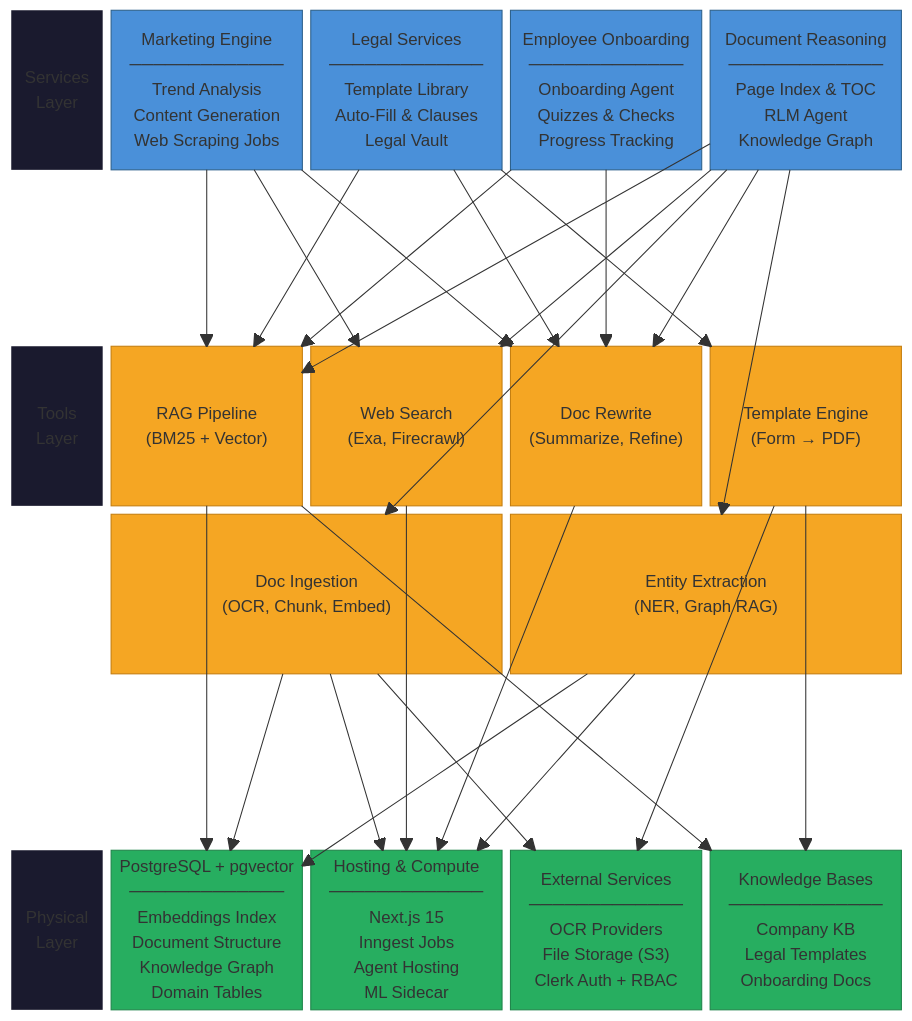
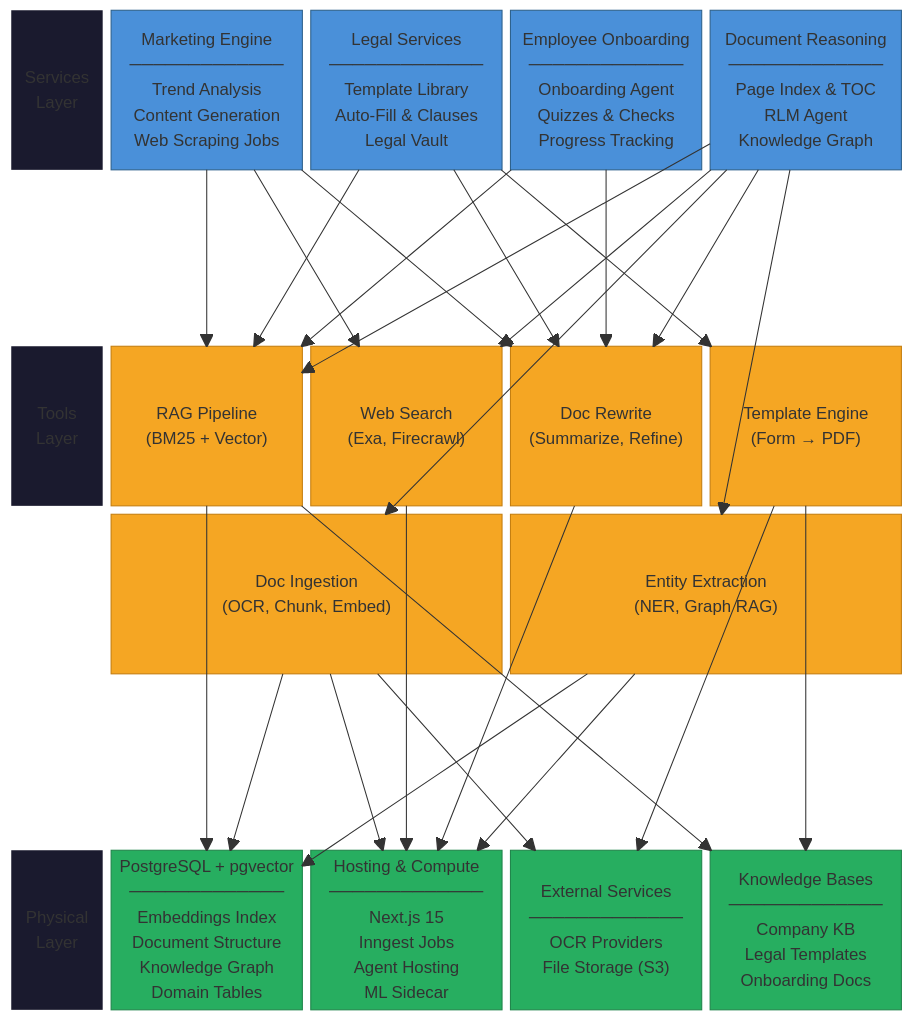
One commit to Deodat-Lawson/LaunchStack changed the diagram in docs/architecture/Overall.md. Above: the diagram before and after it, drawn with Mermaid. The commit also changed other lines of this file and 50 other files, not shown here.

````diff
--- a/docs/architecture/Overall.md
+++ b/docs/architecture/Overall.md
@@ -13,67 +13,67 @@
 ```mermaid
 block-beta
   columns 9
 
   SLABEL["Services\nLayer"]:1
   MKT["Marketing Engine\n─────────────\nTrend Analysis\nContent Generation\nWeb Scraping Jobs"]:2
   LEG["Legal Services\n─────────────\nTemplate Library\nAuto-Fill & Clauses\nLegal Vault"]:2
   ONB["Employee Onboarding\n─────────────\nOnboarding Agent\nQuizzes & Checks\nProgress Tracking"]:2
   DOCR["Document Reasoning\n─────────────\nPage Index & TOC\nRLM Agent\nKnowledge Graph"]:2
 
   space:9
 
   TLABEL["Tools\nLayer"]:1
   RAG["RAG Pipeline\n(BM25 + Vector)"]:2
   WEB["Web Search\n(Exa, Firecrawl)"]:2
   REW["Doc Rewrite\n(Summarize, Refine)"]:2
   TMPL["Template Engine\n(Form → PDF)"]:2
   space:1
   ING["Doc Ingestion\n(OCR, Chunk, Embed)"]:4
   ENT["Entity Extraction\n(NER, Graph RAG)"]:4
 
   space:9
 
   PLABEL["Physical\nLayer"]:1
   DB["PostgreSQL + pgvector\n─────────────\nEmbeddings Index\nDocument Structure\nKnowledge Graph\nDomain Tables"]:2
   HOST["Hosting & Compute\n─────────────\nNext.js 15\nInngest Jobs\nAgent Hosting\nML Sidecar"]:2
-  EXT["External Services\n─────────────\nOCR Providers\nFile Storage (S3)\nClerk Auth + RBAC"]:2
+  EXT["External Services\n─────────────\nOCR Providers\nFile Storage (S3)"]:2
   KBS["Knowledge Bases\n─────────────\nCompany KB\nLegal Templates\nOnboarding Docs"]:2
 
   %% Service → Tool edges
   MKT --> RAG
   MKT --> WEB
   MKT --> REW
   LEG --> RAG
   LEG --> REW
   LEG --> TMPL
   ONB --> RAG
   ONB --> REW
   DOCR --> RAG
   DOCR --> WEB
   DOCR --> REW
   DOCR --> ING
   DOCR --> ENT
 
   %% Tool → Physical edges
   RAG --> DB
   RAG --> KBS
   WEB --> HOST
   REW --> HOST
   TMPL --> EXT
   TMPL --> KBS
   ING --> DB
   ING --> EXT
   ING --> HOST
   ENT --> DB
   ENT --> HOST
 
   classDef layer fill:#1a1a2e,color:#eee,stroke:none
   classDef svc fill:#4A90D9,color:#fff,stroke:#2C5F8A,stroke-width:1px
   classDef tool fill:#F5A623,color:#fff,stroke:#C47D0E,stroke-width:1px
   classDef phys fill:#27AE60,color:#fff,stroke:#1E8449,stroke-width:1px
 
   class SLABEL,TLABEL,PLABEL layer
   class MKT,LEG,ONB,DOCR svc
   class RAG,WEB,REW,TMPL,ING,ENT tool
   class DB,HOST,EXT,KBS phys
 ```
````
